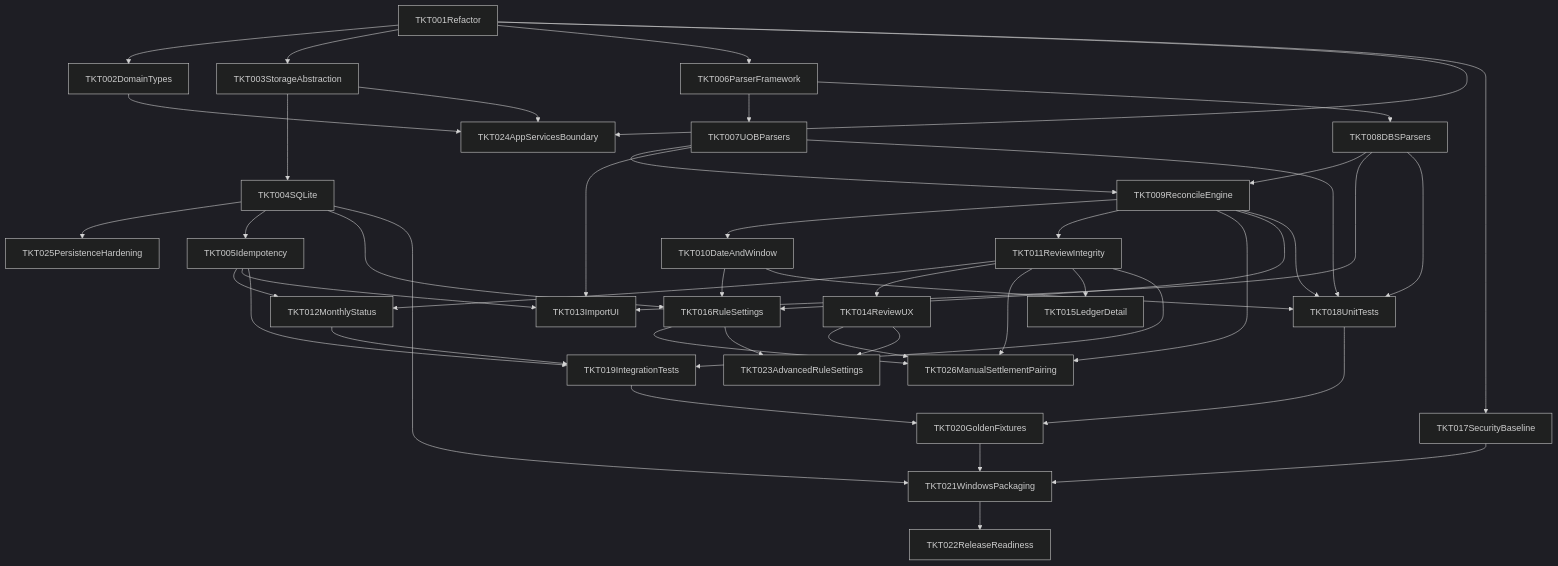
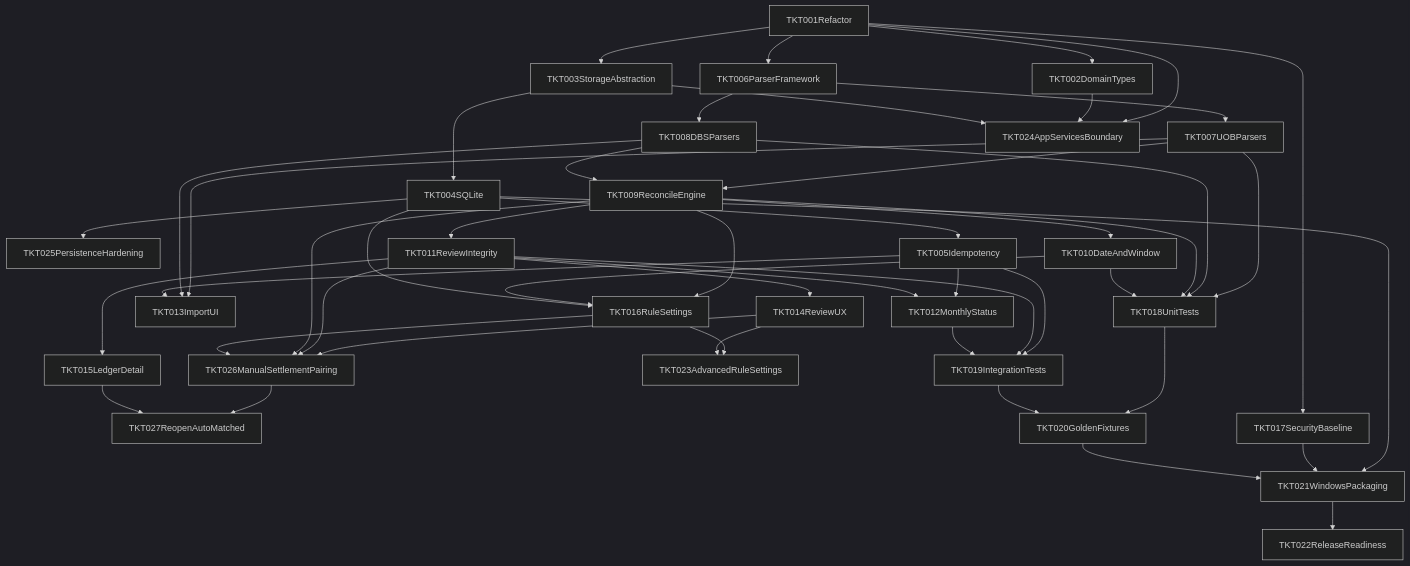
One commit to rbth7e5/Finny changed the diagram in IMPLEMENTATION_TICKETS.md. Above: the diagram before and after it, drawn with Mermaid (dark theme). The commit also changed other lines of this file and 5 other files, not shown here.

````diff
--- a/IMPLEMENTATION_TICKETS.md
+++ b/IMPLEMENTATION_TICKETS.md
@@ -411,48 +426,50 @@
 ```mermaid
 flowchart TD
   t1[TKT001Refactor] --> t2[TKT002DomainTypes]
   t1 --> t3[TKT003StorageAbstraction]
   t3 --> t4[TKT004SQLite]
   t4 --> t25[TKT025PersistenceHardening]
   t4 --> t5[TKT005Idempotency]
   t1 --> t6[TKT006ParserFramework]
   t6 --> t7[TKT007UOBParsers]
   t6 --> t8[TKT008DBSParsers]
   t7 --> t9[TKT009ReconcileEngine]
   t8 --> t9
   t9 --> t10[TKT010DateAndWindow]
   t9 --> t11[TKT011ReviewIntegrity]
   t5 --> t12[TKT012MonthlyStatus]
   t11 --> t12
   t7 --> t13[TKT013ImportUI]
   t8 --> t13
   t5 --> t13
   t11 --> t14[TKT014ReviewUX]
   t14 --> t26[TKT026ManualSettlementPairing]
   t11 --> t26
   t9 --> t26
   t16 --> t26
+  t26 --> t27[TKT027ReopenAutoMatched]
+  t15 --> t27
   t11 --> t15[TKT015LedgerDetail]
   t9 --> t16[TKT016RuleSettings]
   t10 --> t16
   t4 --> t16
   t16 --> t23[TKT023AdvancedRuleSettings]
   t14 --> t23
   t1 --> t24[TKT024AppServicesBoundary]
   t2 --> t24
   t3 --> t24
   t1 --> t17[TKT017SecurityBaseline]
   t7 --> t18[TKT018UnitTests]
   t8 --> t18
   t9 --> t18
   t10 --> t18
   t5 --> t19[TKT019IntegrationTests]
   t11 --> t19
   t12 --> t19
   t18 --> t20[TKT020GoldenFixtures]
   t19 --> t20
   t4 --> t21[TKT021WindowsPackaging]
   t17 --> t21
   t20 --> t21
   t21 --> t22[TKT022ReleaseReadiness]
 ```
````
